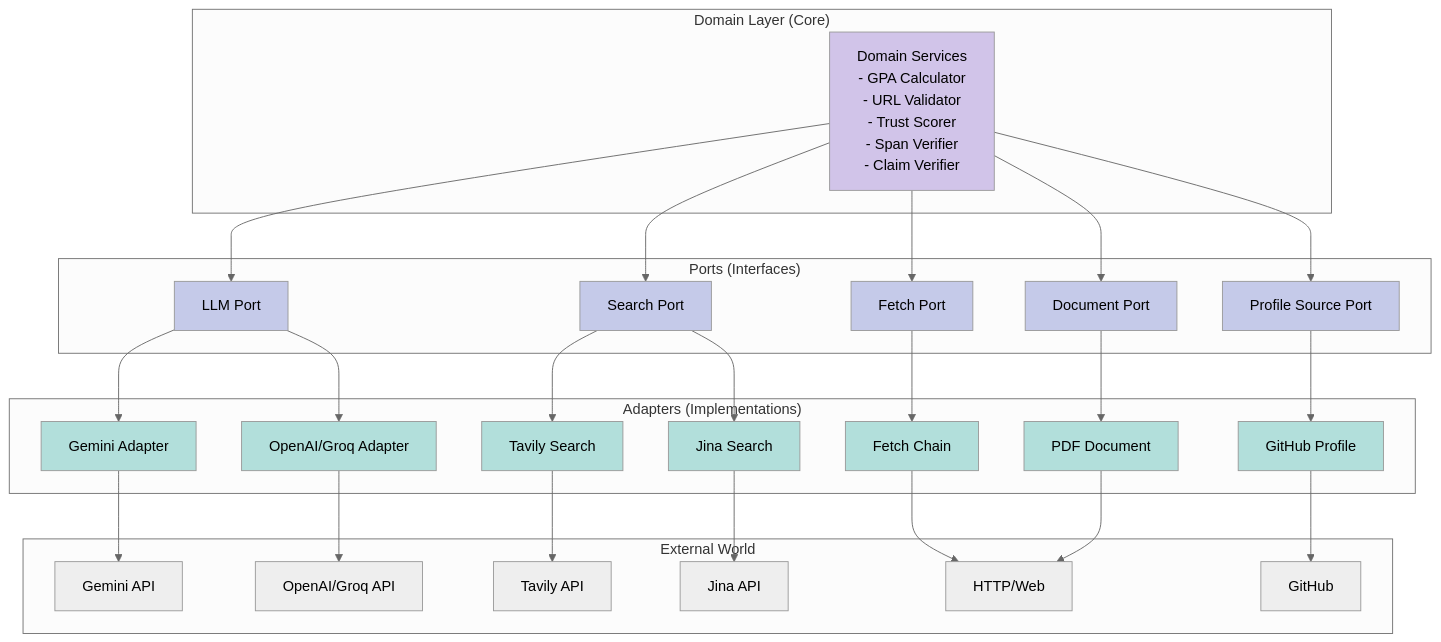
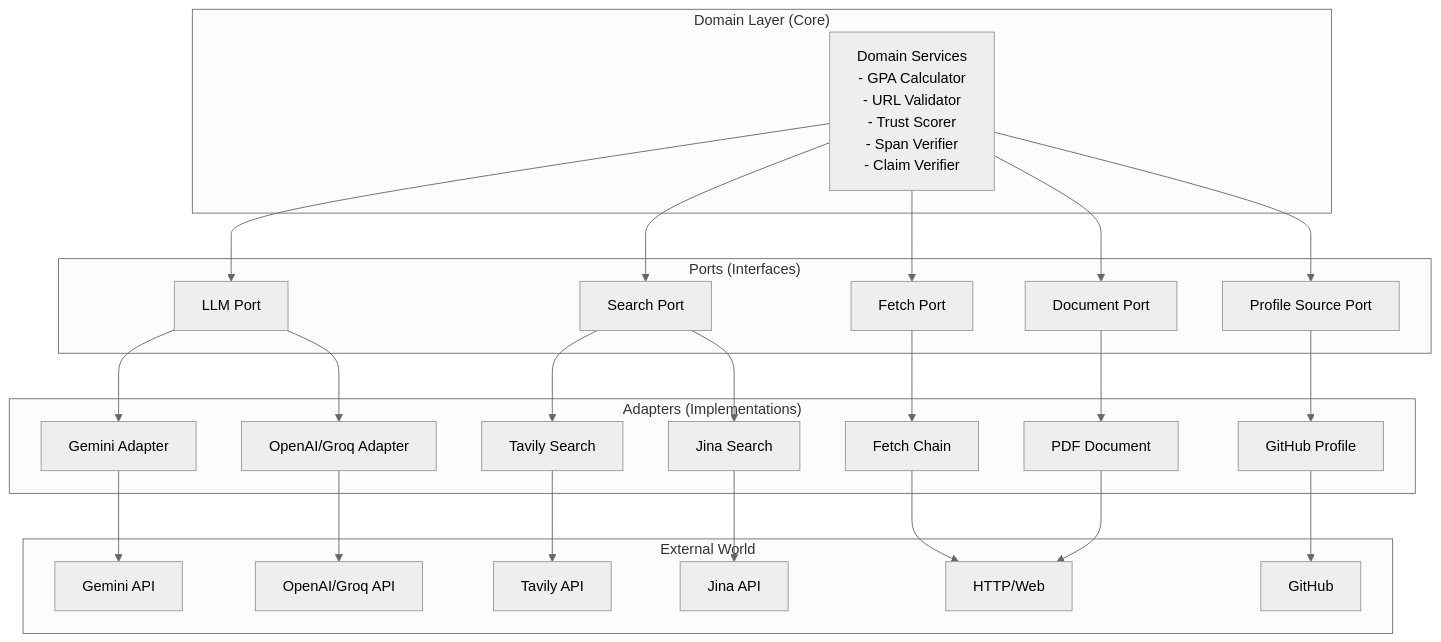
Before and after one commit to Emperor-4037/ScholarLift: the second of 2 diagrams in ARCHITECTURE.md, drawn with Mermaid (neutral theme). The commit also changed other lines of this file and 1 other file, not shown here.

Commit message:
Remove fill colors from mermaid diagrams for better GitHub visibility
- Removed all style fill colors from ARCHITECTURE.md diagrams
- Removed all style fill colors from README.md diagram
- Diagrams now use default styling which is more visible on GitHub
- Maintains clear structure without color conflicts with GitHub's dark/light themes

Generated with [Devin](https://devin.ai)

````diff
--- a/ARCHITECTURE.md
+++ b/ARCHITECTURE.md
@@ -109,69 +99,55 @@
 ```mermaid
 graph TB
     subgraph "Domain Layer (Core)"
         DOMAIN[Domain Services<br/>- GPA Calculator<br/>- URL Validator<br/>- Trust Scorer<br/>- Span Verifier<br/>- Claim Verifier]
     end
 
     subgraph "Ports (Interfaces)"
         PORT_LLM[LLM Port]
         PORT_SEARCH[Search Port]
         PORT_FETCH[Fetch Port]
         PORT_DOC[Document Port]
         PORT_PROFILE[Profile Source Port]
     end
 
     subgraph "Adapters (Implementations)"
         ADAPT_GEMINI[Gemini Adapter]
         ADAPT_OPENAI[OpenAI/Groq Adapter]
         ADAPT_TAVILY[Tavily Search]
         ADAPT_JINA[Jina Search]
         ADAPT_FETCH[Fetch Chain]
         ADAPT_PDF[PDF Document]
         ADAPT_GITHUB[GitHub Profile]
     end
 
     subgraph "External World"
         EXT_GEMINI[Gemini API]
         EXT_OPENAI[OpenAI/Groq API]
         EXT_TAVILY[Tavily API]
         EXT_JINA[Jina API]
         EXT_WEB[HTTP/Web]
         EXT_GITHUB_DB[GitHub]
     end
 
     DOMAIN --> PORT_LLM
     DOMAIN --> PORT_SEARCH
     DOMAIN --> PORT_FETCH
     DOMAIN --> PORT_DOC
     DOMAIN --> PORT_PROFILE
 
     PORT_LLM --> ADAPT_GEMINI
     PORT_LLM --> ADAPT_OPENAI
     PORT_SEARCH --> ADAPT_TAVILY
     PORT_SEARCH --> ADAPT_JINA
     PORT_FETCH --> ADAPT_FETCH
     PORT_DOC --> ADAPT_PDF
     PORT_PROFILE --> ADAPT_GITHUB
 
     ADAPT_GEMINI --> EXT_GEMINI
     ADAPT_OPENAI --> EXT_OPENAI
     ADAPT_TAVILY --> EXT_TAVILY
     ADAPT_JINA --> EXT_JINA
     ADAPT_FETCH --> EXT_WEB
     ADAPT_PDF --> EXT_WEB
     ADAPT_GITHUB --> EXT_GITHUB_DB
-
-    style DOMAIN fill:#d1c4e9
-    style PORT_LLM fill:#c5cae9
-    style PORT_SEARCH fill:#c5cae9
-    style PORT_FETCH fill:#c5cae9
-    style PORT_DOC fill:#c5cae9
-    style PORT_PROFILE fill:#c5cae9
-    style ADAPT_GEMINI fill:#b2dfdb
-    style ADAPT_OPENAI fill:#b2dfdb
-    style ADAPT_TAVILY fill:#b2dfdb
-    style ADAPT_JINA fill:#b2dfdb
-    style ADAPT_FETCH fill:#b2dfdb
-    style ADAPT_PDF fill:#b2dfdb
-    style ADAPT_GITHUB fill:#b2dfdb
 ```
````
